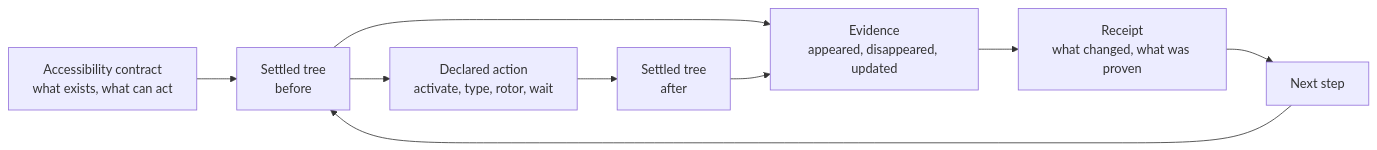
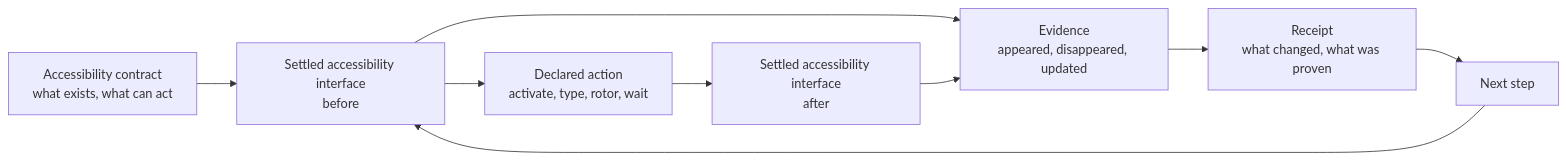
One commit to RoyalPineapple/TheButtonHeist changed the diagram in README.md. Above: the diagram before and after it, drawn with Mermaid. The commit also changed other lines of this file and 11 other files, not shown here.

Commit message:
Align public docs with settled interface framing

````diff
--- a/README.md
+++ b/README.md
@@ -68,19 +70,19 @@
 ```mermaid
 flowchart LR
     Contract["Accessibility contract<br/>what exists, what can act"]
-    Before["Settled tree<br/>before"]
+    Before["Settled accessibility interface<br/>before"]
     Action["Declared action<br/>activate, type, rotor, wait"]
-    After["Settled tree<br/>after"]
+    After["Settled accessibility interface<br/>after"]
     Evidence["Evidence<br/>appeared, disappeared, updated"]
     Receipt["Receipt<br/>what changed, what was proven"]
     Next["Next step"]
 
     Contract --> Before
     Before --> Action
     Action --> After
     Before --> Evidence
     After --> Evidence
     Evidence --> Receipt
     Receipt --> Next
     Next --> Before
 ```
````
